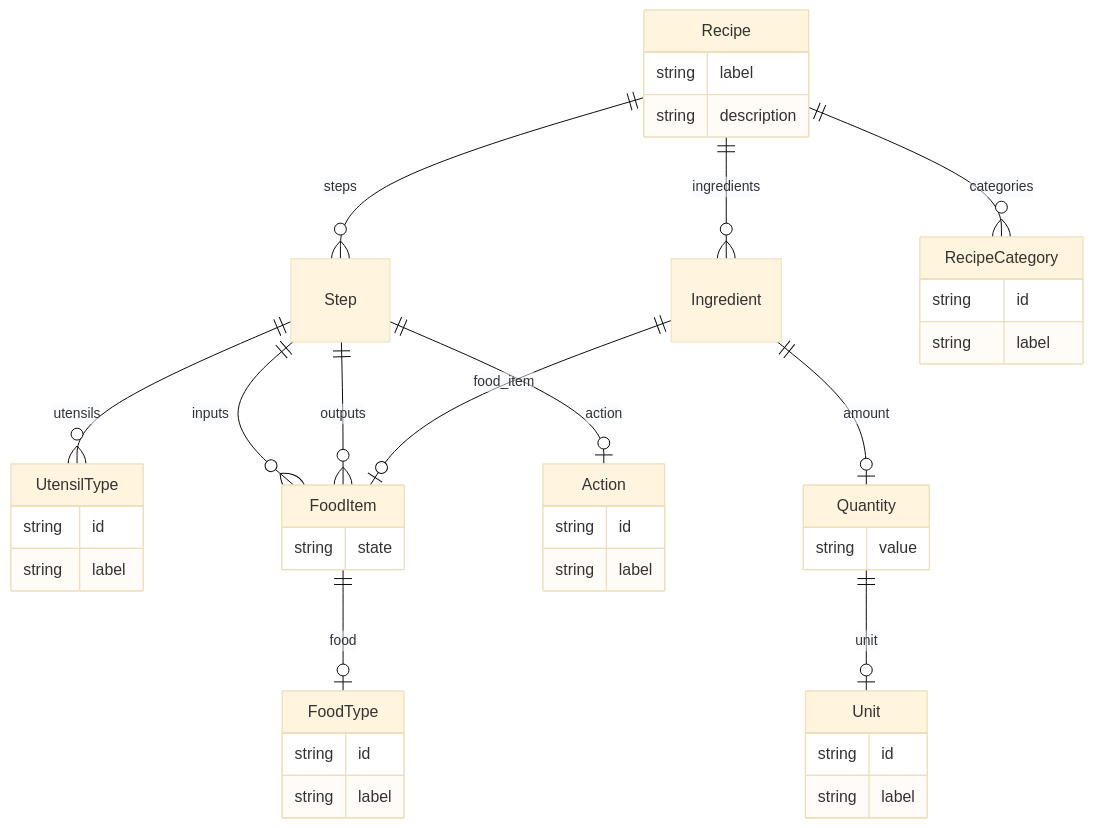
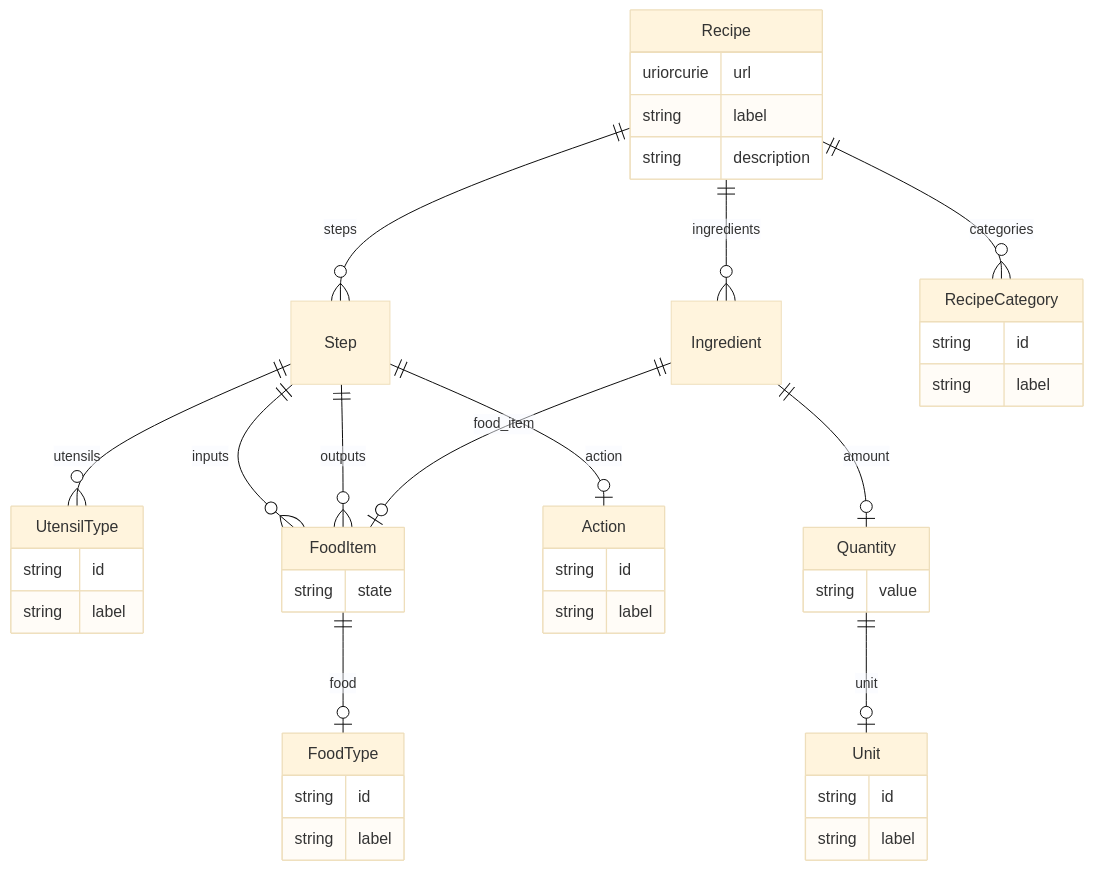
Before and after one commit to monarch-initiative/ontogpt: the diagram in docs/recipe/index.md, drawn with Mermaid (base theme). The commit also changed other lines of this file and 2560 other files, not shown here.

````diff
--- a/docs/recipe/index.md
+++ b/docs/recipe/index.md
@@ -12,52 +12,53 @@
 ```mermaid
 erDiagram
 Recipe {
+    uriorcurie url  
     string label  
     string description  
 }
 Step {
 
 }
 UtensilType {
     string id  
     string label  
 }
 FoodItem {
     string state  
 }
 FoodType {
     string id  
     string label  
 }
 Action {
     string id  
     string label  
 }
 Ingredient {
 
 }
 Quantity {
     string value  
 }
 Unit {
     string id  
     string label  
 }
 RecipeCategory {
     string id  
     string label  
 }
 
 Recipe ||--}o RecipeCategory : "categories"
 Recipe ||--}o Ingredient : "ingredients"
 Recipe ||--}o Step : "steps"
 Step ||--|o Action : "action"
 Step ||--}o FoodItem : "inputs"
 Step ||--}o FoodItem : "outputs"
 Step ||--}o UtensilType : "utensils"
 FoodItem ||--|o FoodType : "food"
 Ingredient ||--|o FoodItem : "food_item"
 Ingredient ||--|o Quantity : "amount"
 Quantity ||--|o Unit : "unit"
 
 ```
````
